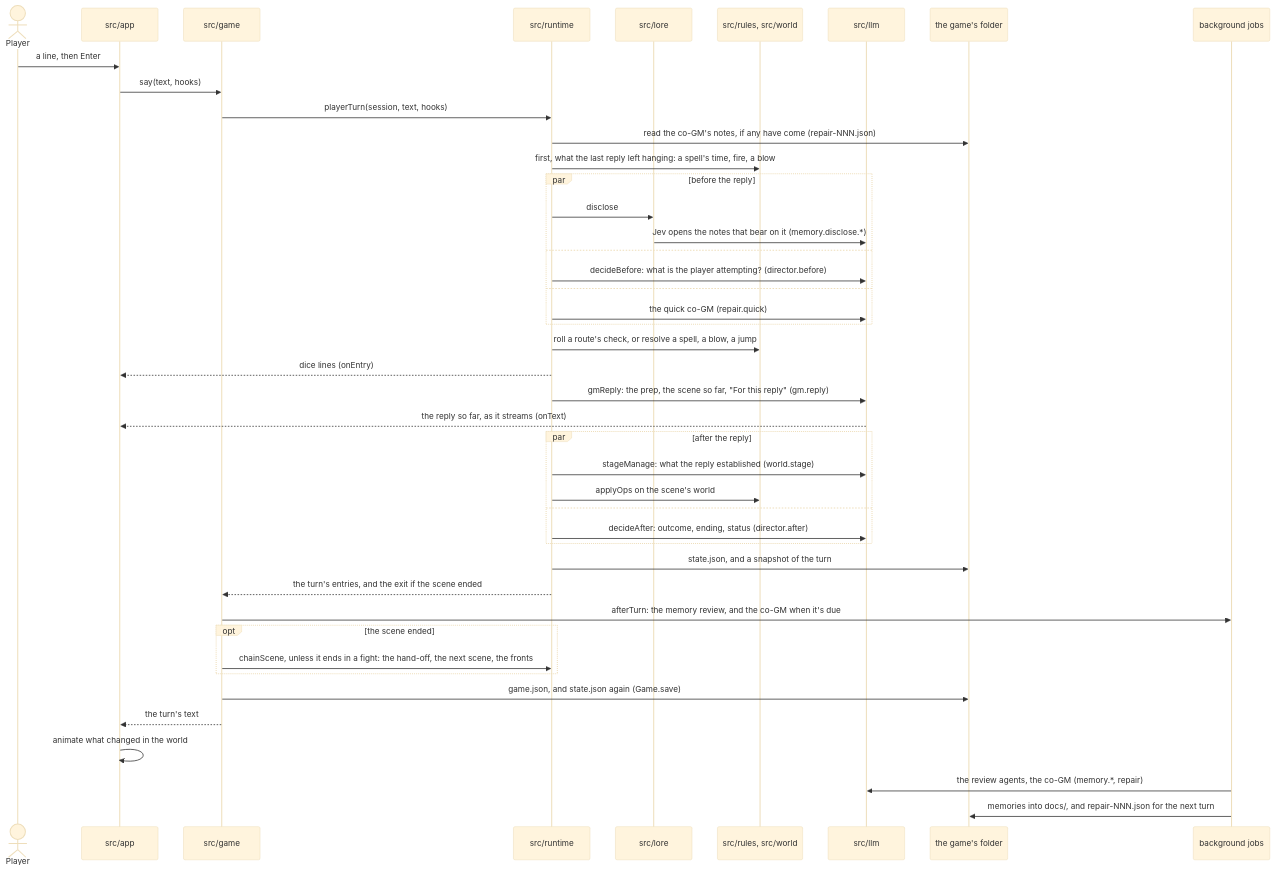
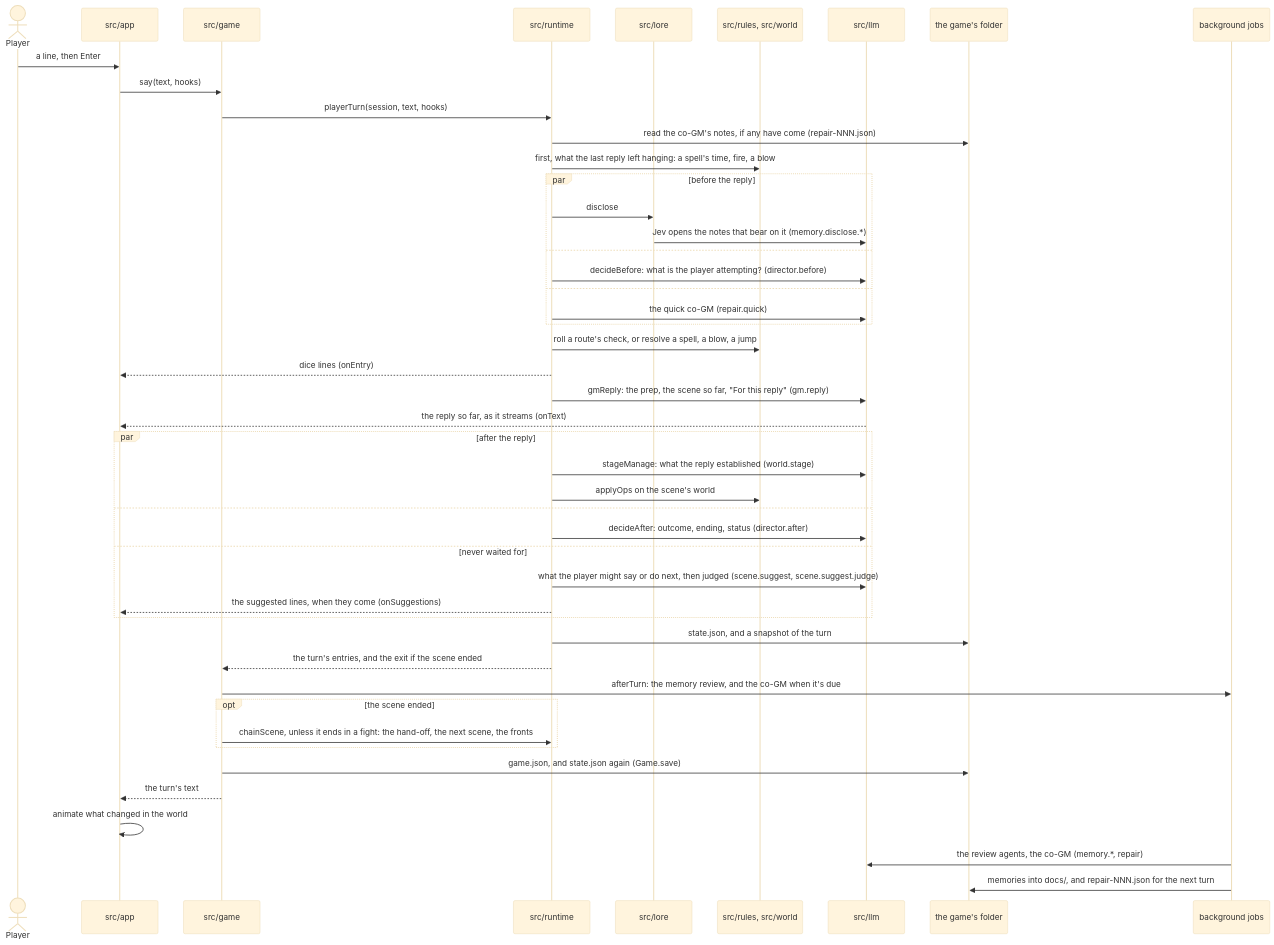
One commit to Tatskaari/kingmaker changed the second of 2 diagrams in ARCHITECTURE.md. Above: the diagram before and after it, drawn with Mermaid (base theme). The commit also changed other lines of this file and 8 other files, not shown here.

````diff
--- a/ARCHITECTURE.md
+++ b/ARCHITECTURE.md
@@ -151,47 +151,50 @@
 ```mermaid
 sequenceDiagram
   actor P as Player
   participant App as src/app
   participant Core as src/game
   participant RT as src/runtime
   participant Lore as src/lore
   participant RW as src/rules, src/world
   participant LLM as src/llm
   participant Disk as the game's folder
   participant Jobs as background jobs
 
   P->>App: a line, then Enter
   App->>Core: say(text, hooks)
   Core->>RT: playerTurn(session, text, hooks)
   RT->>Disk: read the co-GM's notes, if any have come (repair-NNN.json)
   RT->>RW: first, what the last reply left hanging: a spell's time, fire, a blow
   par before the reply
     RT->>Lore: disclose
     Lore->>LLM: Jev opens the notes that bear on it (memory.disclose.*)
   and
     RT->>LLM: decideBefore: what is the player attempting? (director.before)
   and
     RT->>LLM: the quick co-GM (repair.quick)
   end
   RT->>RW: roll a route's check, or resolve a spell, a blow, a jump
   RT-->>App: dice lines (onEntry)
   RT->>LLM: gmReply: the prep, the scene so far, "For this reply" (gm.reply)
   LLM-->>App: the reply so far, as it streams (onText)
   par after the reply
     RT->>LLM: stageManage: what the reply established (world.stage)
     RT->>RW: applyOps on the scene's world
   and
     RT->>LLM: decideAfter: outcome, ending, status (director.after)
+  and never waited for
+    RT->>LLM: what the player might say or do next, then judged (scene.suggest, scene.suggest.judge)
+    RT-->>App: the suggested lines, when they come (onSuggestions)
   end
   RT->>Disk: state.json, and a snapshot of the turn
   RT-->>Core: the turn's entries, and the exit if the scene ended
   Core->>Jobs: afterTurn: the memory review, and the co-GM when it's due
   opt the scene ended
     Core->>RT: chainScene, unless it ends in a fight: the hand-off, the next scene, the fronts
   end
   Core->>Disk: game.json, and state.json again (Game.save)
   Core-->>App: the turn's text
   App->>App: animate what changed in the world
   Jobs->>LLM: the review agents, the co-GM (memory.*, repair)
   Jobs->>Disk: memories into docs/, and repair-NNN.json for the next turn
 ```
````
